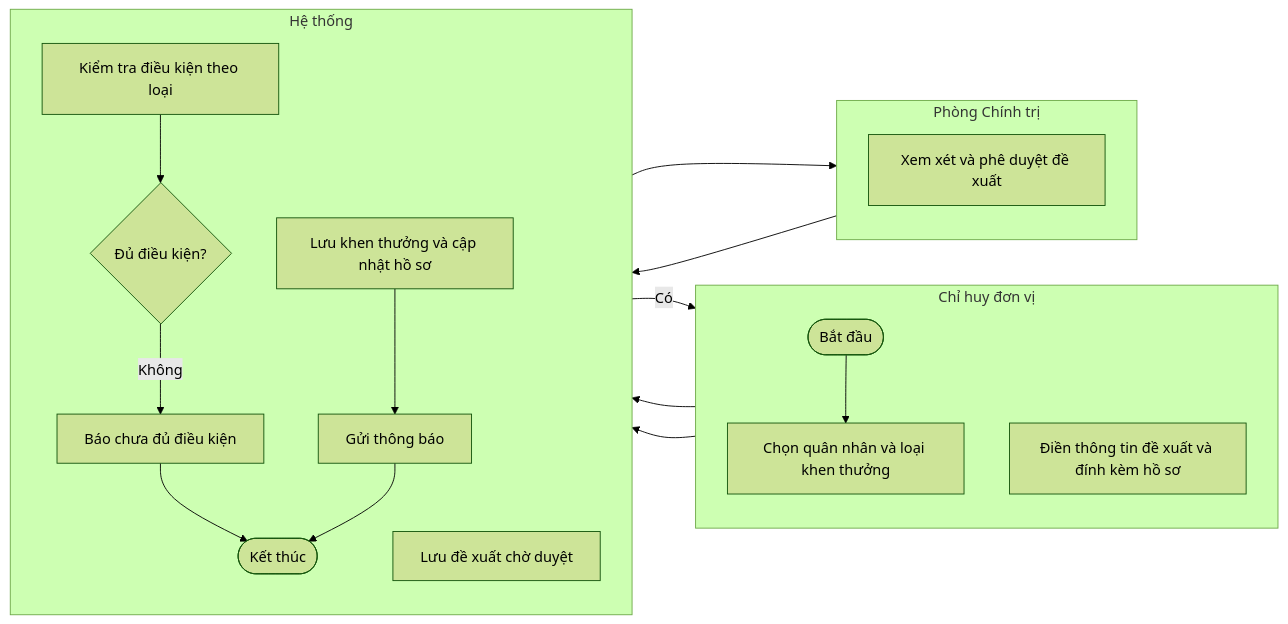
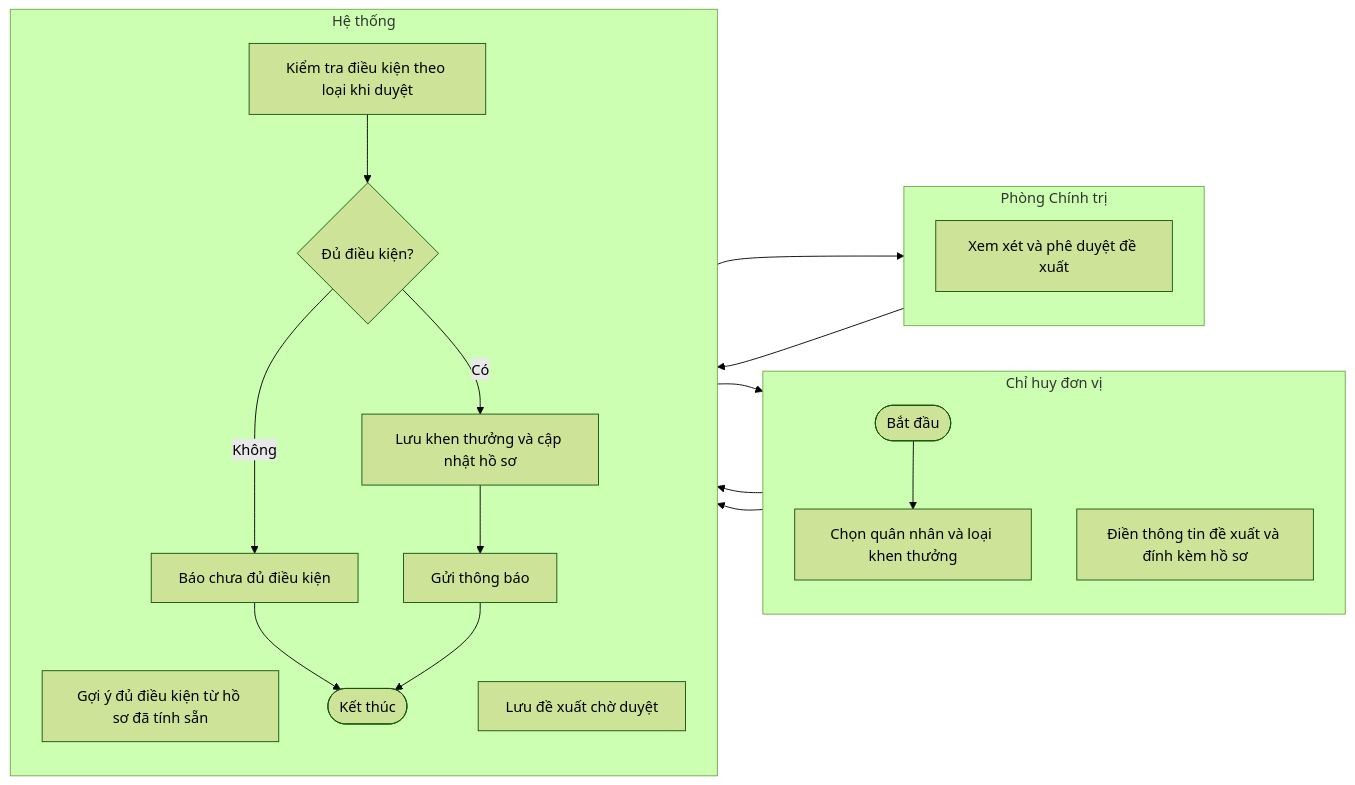
Before and after one commit to tranducbk/DATN_PM_QLKT: the seventh of 8 diagrams in docs/diagrams/02-activity.md, drawn with Mermaid (forest theme). The commit also changed other lines of this file and 69 other files, not shown here.

````diff
--- a/docs/diagrams/02-activity.md
+++ b/docs/diagrams/02-activity.md
@@ -195,27 +198,28 @@
 ```mermaid
 flowchart LR
     subgraph MG["Chỉ huy đơn vị"]
         direction TB
         Start([Bắt đầu])
         A1[Chọn quân nhân và loại khen thưởng]
         A3[Điền thông tin đề xuất và đính kèm hồ sơ]
     end
     subgraph PCT["Phòng Chính trị"]
         direction TB
         A4[Xem xét và phê duyệt đề xuất]
     end
     subgraph HeTHong["Hệ thống"]
         direction TB
-        S1[Kiểm tra điều kiện theo loại]
+        S0[Gợi ý đủ điều kiện từ hồ sơ đã tính sẵn]
+        S1[Kiểm tra điều kiện theo loại khi duyệt]
         D1{Đủ điều kiện?}
         S2[Báo chưa đủ điều kiện]
         S3[Lưu đề xuất chờ duyệt]
         S4[Lưu khen thưởng và cập nhật hồ sơ]
         S5[Gửi thông báo]
         End([Kết thúc])
     end
 
-    Start --> A1 --> S1 --> D1
+    Start --> A1 --> S0 --> A3 --> S3 --> A4 --> S1 --> D1
     D1 -- Không --> S2 --> End
-    D1 -- Có --> A3 --> S3 --> A4 --> S4 --> S5 --> End
+    D1 -- Có --> S4 --> S5 --> End
 ```
````
